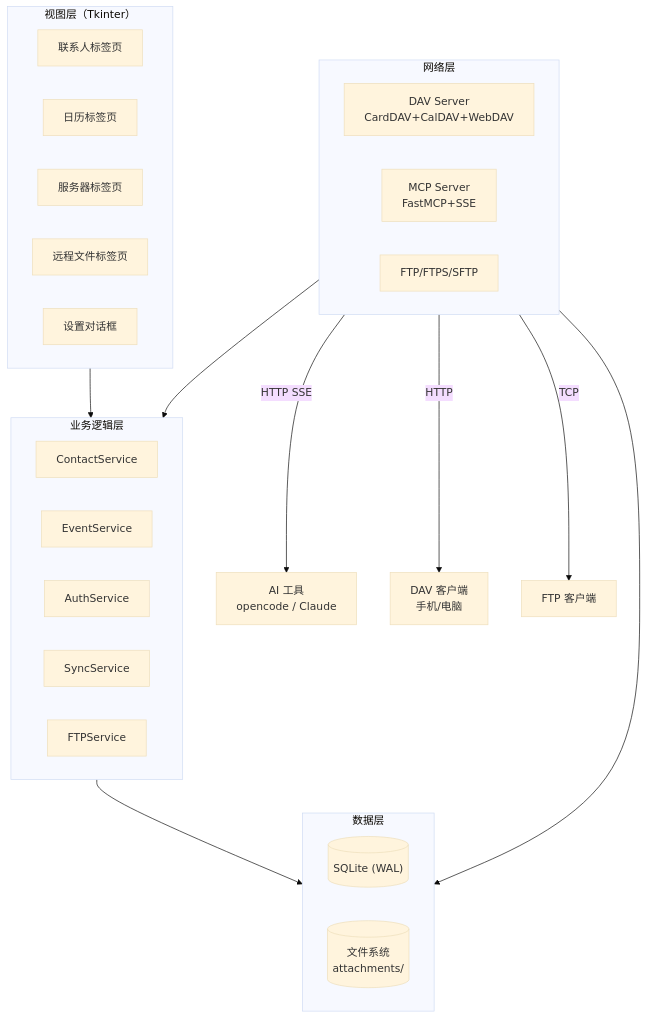
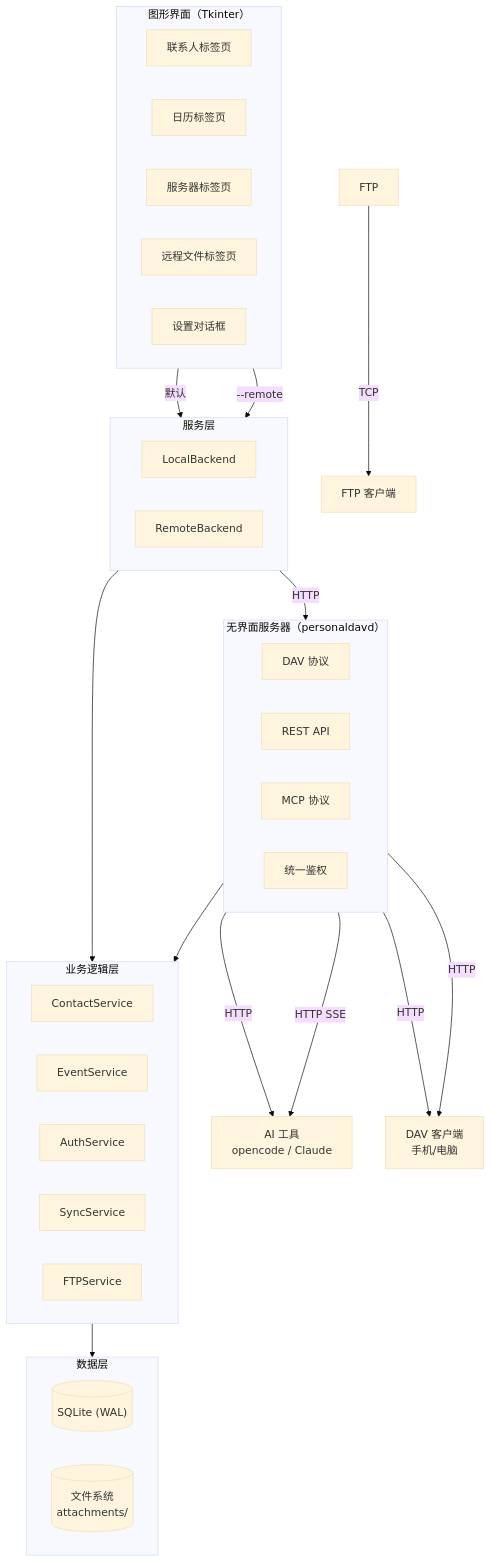
The diagram in README.md (hunyanjie/PersonalDAV), drawn with Mermaid (base theme) before and after one commit. The commit also changed other lines of this file and 2 other files, not shown here.

````diff
--- a/README.md
+++ b/README.md
@@ -201,40 +241,51 @@
 ```mermaid
 graph TB
-    subgraph GUI["视图层（Tkinter）"]
+    subgraph GUI["图形界面（Tkinter）"]
         direction LR
         Contacts["联系人标签页"]
         Calendar["日历标签页"]
         Server["服务器标签页"]
         Remote["远程文件标签页"]
         Settings["设置对话框"]
+    end
+
+    subgraph Daemon["无界面服务器（personaldavd）"]
+        direction LR
+        DAV["DAV 协议"]
+        REST["REST API"]
+        MCP["MCP 协议"]
+        AUTH["统一鉴权"]
+    end
+
+    subgraph Backend["服务层"]
+        direction LR
+        LB["LocalBackend"]
+        RB["RemoteBackend"]
     end
 
     subgraph Service["业务逻辑层"]
         direction LR
         ContactSvc["ContactService"]
         EventSvc["EventService"]
         AuthSvc["AuthService"]
         SyncSvc["SyncService"]
         FTPSvc["FTPService"]
     end
 
-    subgraph Network["网络层"]
-        direction LR
-        DAV["DAV Server<br/>CardDAV+CalDAV+WebDAV"]
-        MCP["MCP Server<br/>FastMCP+SSE"]
-        FTP["FTP/FTPS/SFTP"]
-    end
-
     subgraph Data["数据层"]
         DB[("SQLite (WAL)")]
         FS[("文件系统<br/>attachments/")]
     end
 
-    GUI --> Service
+    GUI -->|默认| LB
+    GUI -->|--remote| RB
+    LB --> Service
+    RB -->|HTTP| REST
+    Daemon --> Service
     Service --> Data
-    Network --> Service
-    Network --> Data
-    MCP -->|HTTP SSE| AI["AI 工具<br/>opencode / Claude"]
-    DAV -->|HTTP| Client["DAV 客户端<br/>手机/电脑"]
+    REST -->|HTTP| AI["AI 工具<br/>opencode / Claude"]
+    REST -->|HTTP| Client["DAV 客户端<br/>手机/电脑"]
+    DAV -->|HTTP| Client
+    MCP -->|HTTP SSE| AI
     FTP -->|TCP| FTPClient["FTP 客户端"]
 ```
````
